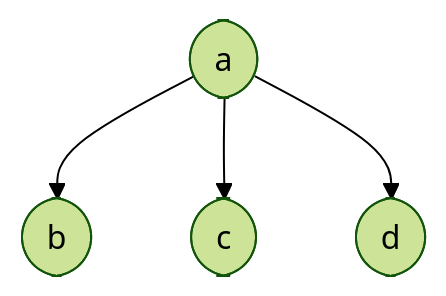
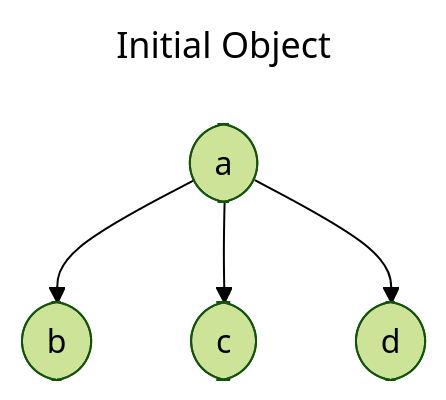
One commit to alexisbcc/category-theory changed the second of 5 diagrams in README.md. Above: the diagram before and after it, drawn with Mermaid (forest theme). The commit also changed other lines of this file, not shown here.

````diff
--- a/README.md
+++ b/README.md
@@ -128,6 +128,9 @@
 ```mermaid
+---
+title: Initial Object
+---
   graph TD;
     A(["a"]) --> B(["b"]);
     A(["a"]) --> C(["c"]);
     A(["a"]) --> D(["d"]);
 ```
````
